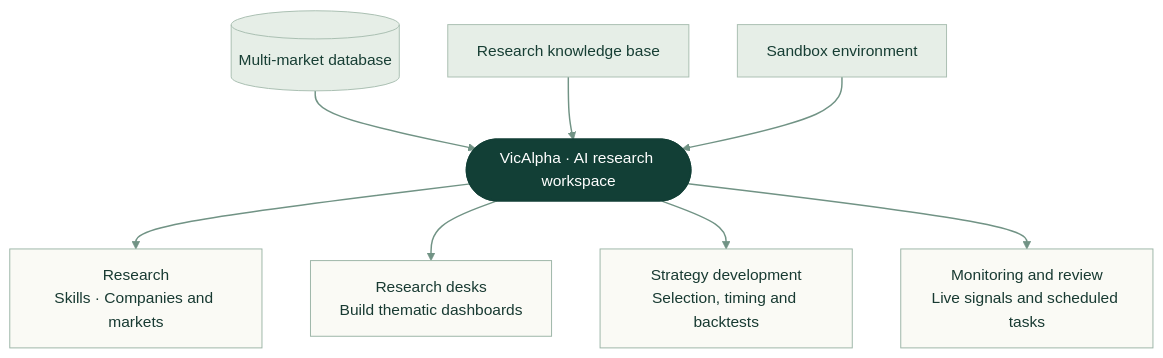
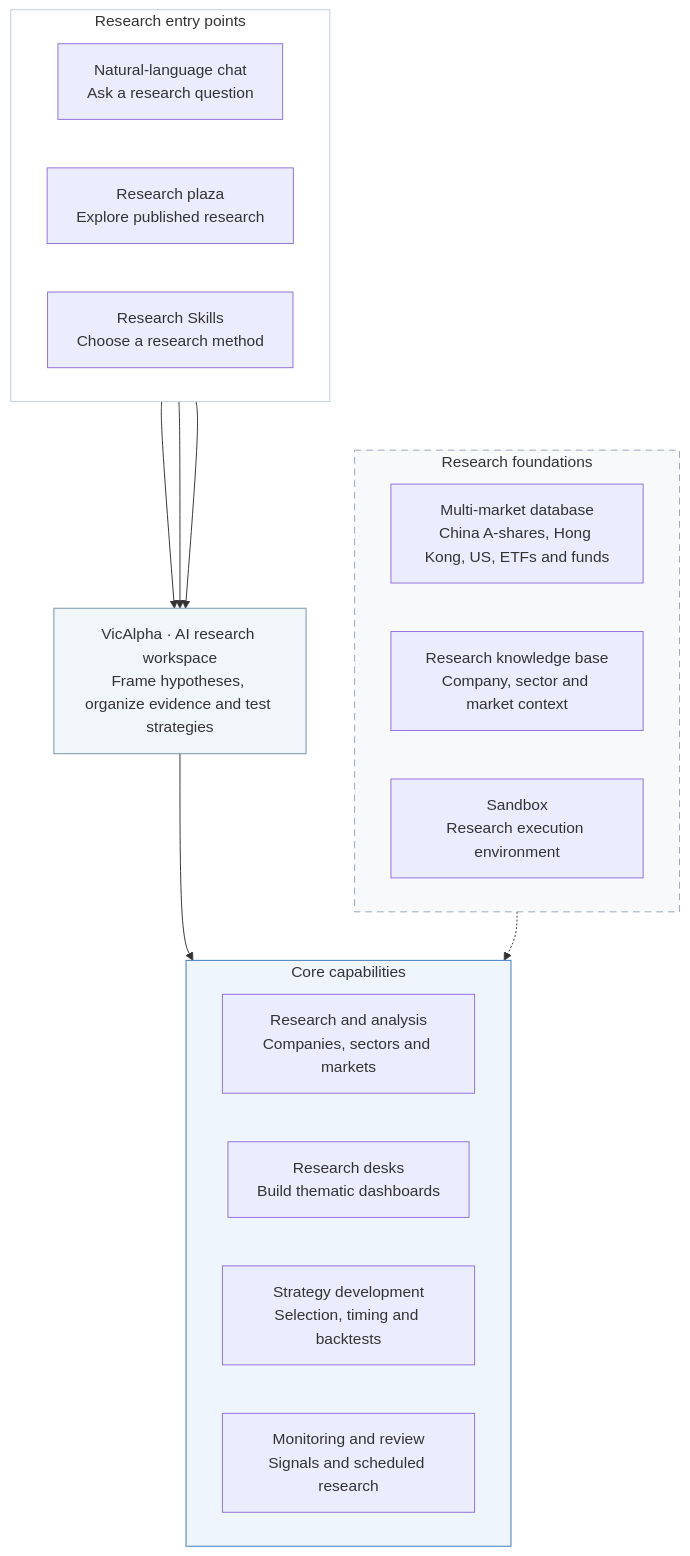
Before and after one commit to piuup/vicalpha-agent: the diagram in images/platform-structure-en.mmd, drawn with Mermaid. The commit also changed 6 other files, not shown here.

Commit message:
Present research entry points, workspace, tools and foundations in a layered diagram

```diff
--- a/images/platform-structure-en.mmd
+++ b/images/platform-structure-en.mmd
@@ -1,16 +1,30 @@
 flowchart TB
-    D[("Multi-market database")] --> W
-    K["Research knowledge base"] --> W
-    S["Sandbox environment"] --> W
-    W(["VicAlpha · AI research workspace"])
-    W --> R["Research<br/>Skills · Companies and markets"]
-    W --> B["Research desks<br/>Build thematic dashboards"]
-    W --> T["Strategy development<br/>Selection, timing and backtests"]
-    W --> A["Monitoring and review<br/>Live signals and scheduled tasks"]
-    classDef core fill:#123f36,color:#ffffff,stroke:#123f36,stroke-width:2px;
-    classDef base fill:#e6eee7,color:#173e34,stroke:#a9beb1;
-    classDef tool fill:#fafaf5,color:#183a32,stroke:#9cb5a7;
-    class W core;
-    class D,K,S base;
-    class R,B,T,A tool;
-    linkStyle default stroke:#719385,stroke-width:1.5px;
+    subgraph entry["Research entry points"]
+        direction LR
+        chat["Natural-language chat<br/>Ask a research question"]
+        plaza["Research plaza<br/>Explore published research"]
+        skills["Research Skills<br/>Choose a research method"]
+    end
+    subgraph core["Core capabilities"]
+        direction LR
+        research["Research and analysis<br/>Companies, sectors and markets"]
+        desk["Research desks<br/>Build thematic dashboards"]
+        strategy["Strategy development<br/>Selection, timing and backtests"]
+        monitor["Monitoring and review<br/>Signals and scheduled research"]
+    end
+    subgraph base["Research foundations"]
+        direction LR
+        db["Multi-market database<br/>China A-shares, Hong Kong, US, ETFs and funds"]
+        kb["Research knowledge base<br/>Company, sector and market context"]
+        sandbox["Sandbox<br/>Research execution environment"]
+    end
+    workspace["VicAlpha · AI research workspace<br/>Frame hypotheses, organize evidence and test strategies"]
+    chat --> workspace
+    plaza --> workspace
+    skills --> workspace
+    workspace --> core
+    base -.-> core
+    style entry fill:#ffffff,stroke:#bdcddd
+    style workspace fill:#f1f6fb,stroke:#7691ac
+    style core fill:#eef5fc,stroke:#3c78bf
+    style base fill:#f7f9fb,stroke:#98aabf,stroke-dasharray: 7 5
```
